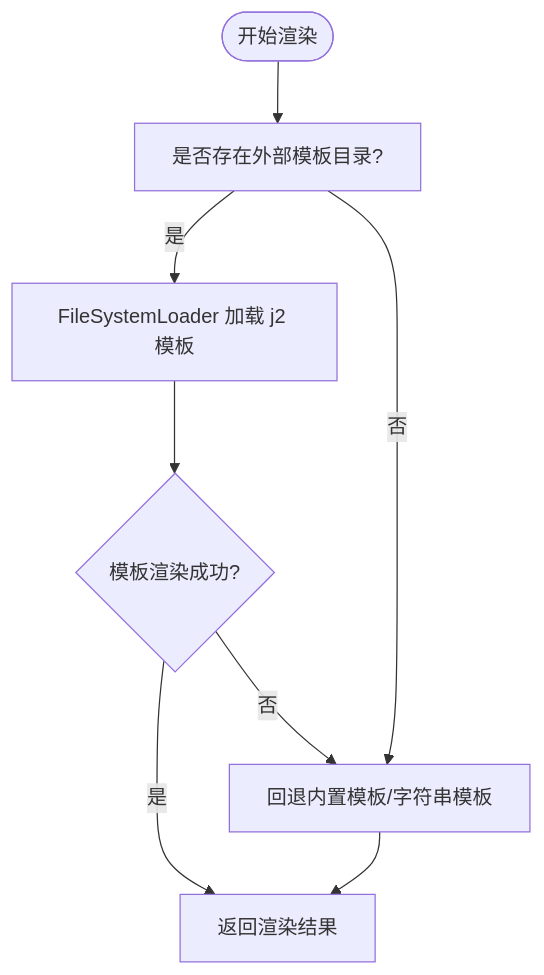
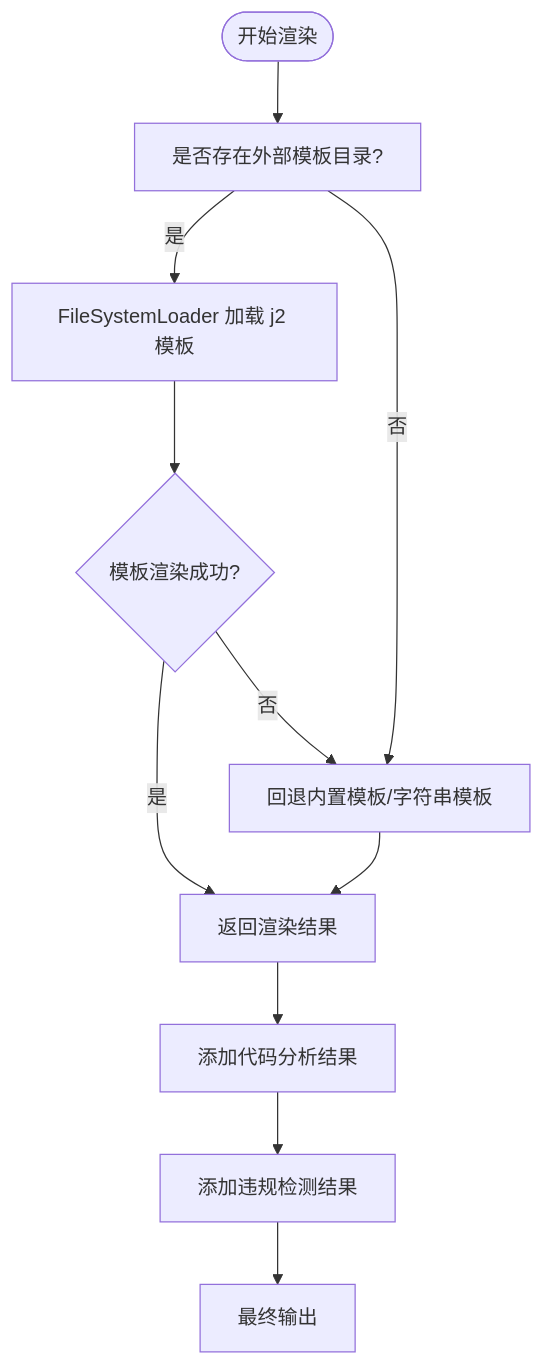
One commit to boyingliu01/fault-review-analyzer changed the fifth of 6 diagrams in .qoder/repowiki/zh/content/可视化系统/报告生成系统.md. Above: the diagram before and after it, drawn with Mermaid. The commit also changed other lines of this file and 125 other files, not shown here.

````diff
--- a/.qoder/repowiki/zh/content/可视化系统/报告生成系统.md
+++ b/.qoder/repowiki/zh/content/可视化系统/报告生成系统.md
@@ -252,10 +339,13 @@
 ```mermaid
 flowchart TD
 Start(["开始渲染"]) --> CheckEnv["是否存在外部模板目录?"]
 CheckEnv --> |是| LoadTmpl["FileSystemLoader 加载 j2 模板"]
 LoadTmpl --> TryRender{"模板渲染成功?"}
 TryRender --> |是| ReturnOut["返回渲染结果"]
 TryRender --> |否| Fallback["回退内置模板/字符串模板"]
 CheckEnv --> |否| Fallback
 Fallback --> ReturnOut
+ReturnOut --> AddAnalysis["添加代码分析结果"]
+AddAnalysis --> AddViolations["添加违规检测结果"]
+AddViolations --> FinalOutput["最终输出"]
 ```
````
